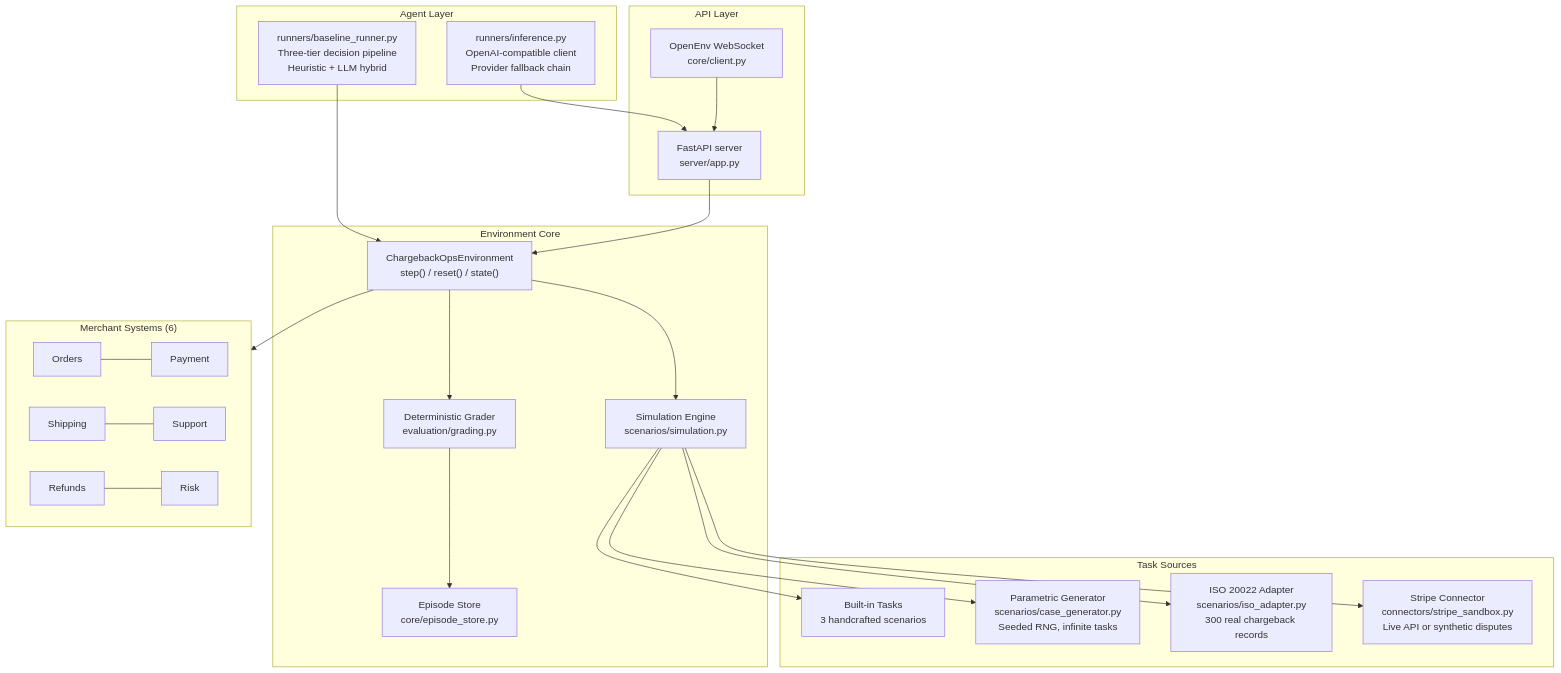
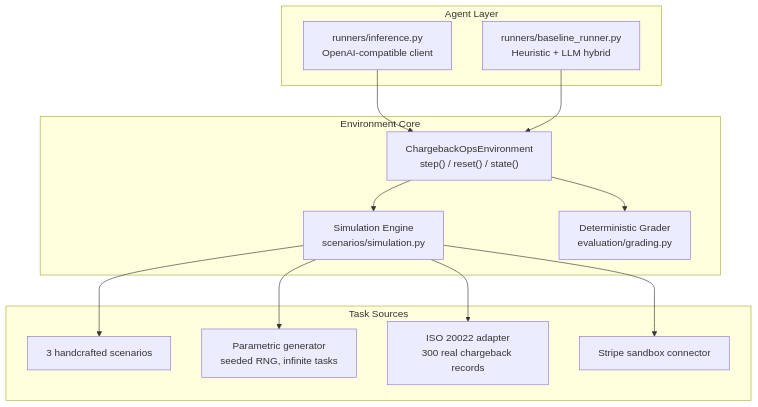
One commit to MitudruDutta/chargebackops changed the first of 2 diagrams in README.md. Above: the diagram before and after it, drawn with Mermaid. The commit also changed other lines of this file and 5 other files, not shown here.

````diff
--- a/README.md
+++ b/README.md
@@ -37,45 +23,29 @@
 ```mermaid
 graph TB
     subgraph Agent["Agent Layer"]
-        INF["runners/inference.py\nOpenAI-compatible client\nProvider fallback chain"]
-        BL["runners/baseline_runner.py\nThree-tier decision pipeline\nHeuristic + LLM hybrid"]
-    end
-
-    subgraph API["API Layer"]
-        APP["FastAPI server\nserver/app.py"]
-        WS["OpenEnv WebSocket\ncore/client.py"]
+        INF["runners/inference.py\nOpenAI-compatible client"]
+        BL["runners/baseline_runner.py\nHeuristic + LLM hybrid"]
     end
 
     subgraph Core["Environment Core"]
         ENV["ChargebackOpsEnvironment\nstep() / reset() / state()"]
         SIM["Simulation Engine\nscenarios/simulation.py"]
         GRD["Deterministic Grader\nevaluation/grading.py"]
-        STORE["Episode Store\ncore/episode_store.py"]
     end
 
     subgraph Tasks["Task Sources"]
-        FIXED["Built-in Tasks\n3 handcrafted scenarios"]
-        GEN["Parametric Generator\nscenarios/case_generator.py\nSeeded RNG, infinite tasks"]
-        ISO["ISO 20022 Adapter\nscenarios/iso_adapter.py\n300 real chargeback records"]
-        STRIPE["Stripe Connector\nconnectors/stripe_sandbox.py\nLive API or synthetic disputes"]
+        FIXED["3 handcrafted scenarios"]
+        GEN["Parametric generator\nseeded RNG, infinite tasks"]
+        ISO["ISO 20022 adapter\n300 real chargeback records"]
+        STRIPE["Stripe sandbox connector"]
     end
 
-    subgraph Systems["Merchant Systems (6)"]
-        ORD["Orders"] --- PAY["Payment"]
-        SHIP["Shipping"] --- SUP["Support"]
-        REF["Refunds"] --- RISK["Risk"]
-    end
-
-    INF --> APP
+    INF --> ENV
     BL --> ENV
-    APP --> ENV
-    WS --> APP
     ENV --> SIM
     ENV --> GRD
-    GRD --> STORE
     SIM --> FIXED
     SIM --> GEN
     SIM --> ISO
     SIM --> STRIPE
-    ENV --> Systems
 ```
````
